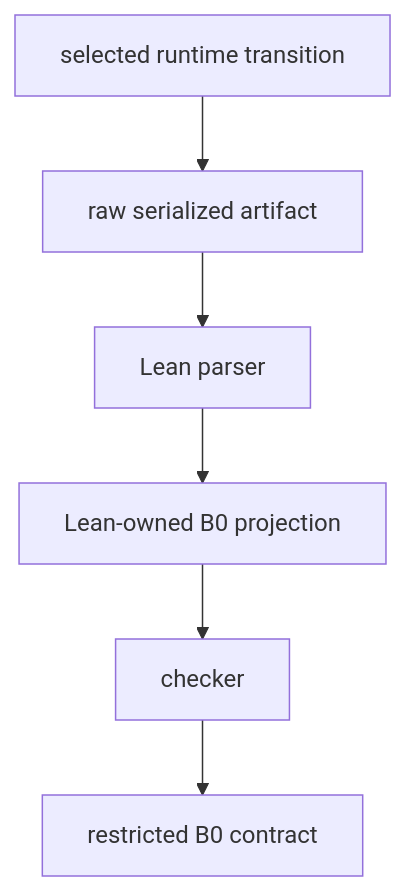
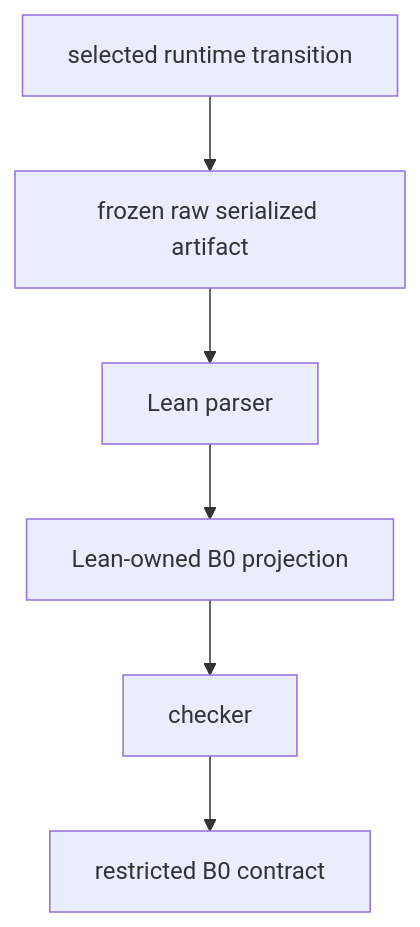
One commit to xiongweilin/responsibility_topology changed the second of 2 diagrams in README.md. Above: the diagram before and after it, drawn with Mermaid. The commit also changed other lines of this file and 5 other files, not shown here.

````diff
--- a/README.md
+++ b/README.md
@@ -71,8 +93,8 @@
 ```mermaid
 flowchart TD
-    A[selected runtime transition] --> B[raw serialized artifact]
+    A[selected runtime transition] --> B[frozen raw serialized artifact]
     B --> C[Lean parser]
     C --> D[Lean-owned B0 projection]
     D --> E[checker]
     E --> F[restricted B0 contract]
 ```
````
